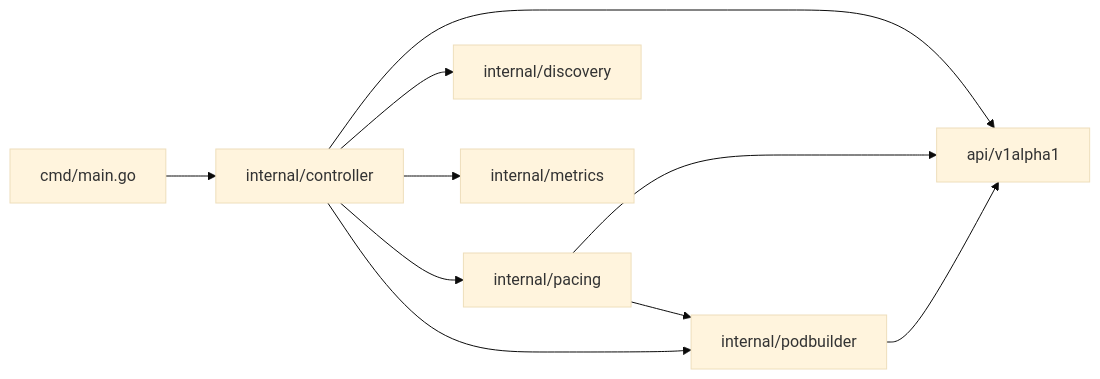
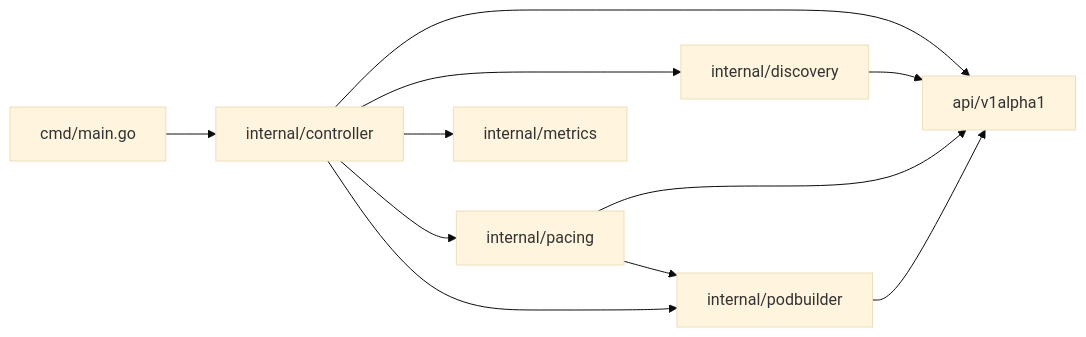
Before and after one commit to corewire/drop: the second of 3 diagrams in docs/content/docs/reference/_generated_architecture.md, drawn with Mermaid (base theme). The commit also changed 13 other files, not shown here.

````diff
--- a/docs/content/docs/reference/_generated_architecture.md
+++ b/docs/content/docs/reference/_generated_architecture.md
@@ -25,12 +25,13 @@
 ```mermaid
 graph LR
   cmd/main.go --> internal/controller
   internal/controller --> api/v1alpha1
   internal/controller --> internal/discovery
   internal/controller --> internal/metrics
   internal/controller --> internal/pacing
   internal/controller --> internal/podbuilder
+  internal/discovery --> api/v1alpha1
   internal/pacing --> api/v1alpha1
   internal/pacing --> internal/podbuilder
   internal/podbuilder --> api/v1alpha1
 ```
````
